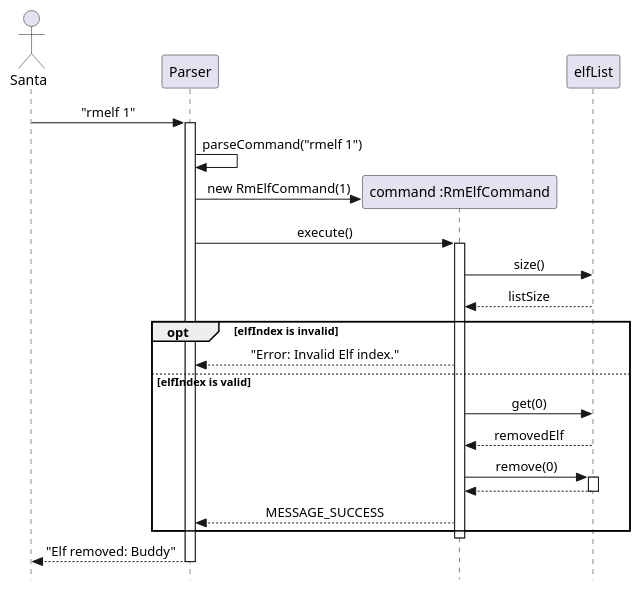
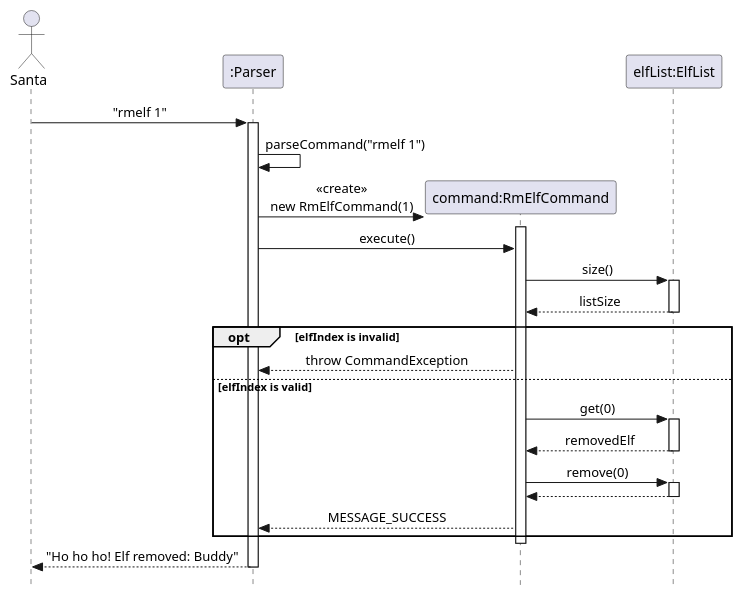
One commit to shrabasti-c/tp changed the diagram in docs/diagrams/RmElfSequenceDiagram.puml. Above: the diagram before and after it, drawn with PlantUML. The commit also changed 14 other files, not shown here.

```diff
--- a/docs/diagrams/RmElfSequenceDiagram.puml
+++ b/docs/diagrams/RmElfSequenceDiagram.puml
@@ -1,41 +1,46 @@
 @startuml
 skinparam Style strictuml
 skinparam SequenceMessageAlignment center
 
-actor Santa
-participant "Parser" as Parser
-participant "command :RmElfCommand" as RmElfCommand
-participant "elfList" as elfList
+actor "Santa" as Santa
+participant ":Parser" as Parser
+participant "command:RmElfCommand" as RmElfCommand
+participant "elfList:ElfList" as elfList
 
 Santa -> Parser : "rmelf 1"
 activate Parser
 
 Parser -> Parser : parseCommand("rmelf 1")
+
 create RmElfCommand
-Parser -> RmElfCommand : new RmElfCommand(1)
+Parser -> RmElfCommand : <<create>>\nnew RmElfCommand(1)
+activate RmElfCommand
 
 Parser -> RmElfCommand : execute()
-activate RmElfCommand
 
 RmElfCommand -> elfList : size()
+activate elfList
 elfList --> RmElfCommand : listSize
+deactivate elfList
 
 opt elfIndex is invalid
-    RmElfCommand --> Parser : "Error: Invalid Elf index."
+    RmElfCommand --> Parser : throw CommandException
 else elfIndex is valid
     RmElfCommand -> elfList : get(0)
+    activate elfList
     elfList --> RmElfCommand : removedElf
-
+    deactivate elfList
     RmElfCommand -> elfList : remove(0)
     activate elfList
     elfList --> RmElfCommand
     deactivate elfList
 
     RmElfCommand --> Parser : MESSAGE_SUCCESS
 end
 
 deactivate RmElfCommand
-Parser --> Santa : "Elf removed: Buddy"
+
+Parser --> Santa : "Ho ho ho! Elf removed: Buddy"
 deactivate Parser
 
 @enduml
```
